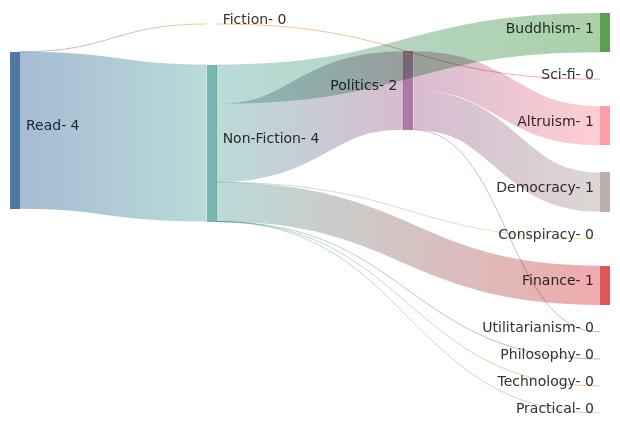
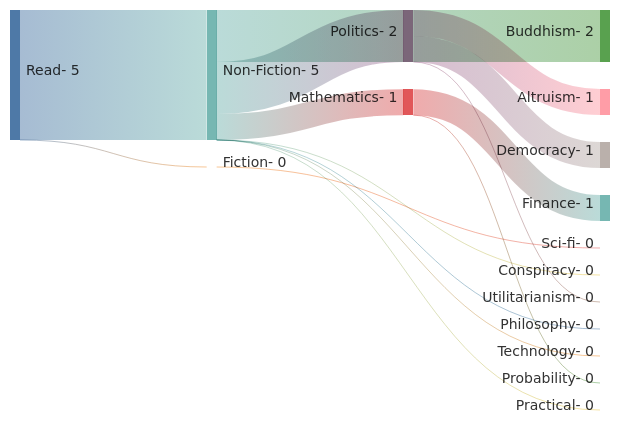
Before and after one commit to bippyboppy/bippyboppy.github.io: the first of 3 diagrams in _posts/drafts/reading-2025.md, drawn with Mermaid. The commit also changed other lines of this file and 26 other files, not shown here.

````diff
--- a/_posts/drafts/reading-2025.md
+++ b/_posts/drafts/reading-2025.md
@@ -8,21 +12,25 @@
 ```mermaid
 sankey-beta
 Read-,Fiction-,0
 Fiction-,Sci-fi-,0
 
-Read-,Non-Fiction-,4
-Non-Fiction-,Buddhism-,1
+Read-,Non-Fiction-,5
+Non-Fiction-,Buddhism-,2
 Non-Fiction-,Conspiracy-,0
 
 Non-Fiction-,Politics-,2
 Politics-,Altruism-,1
 Politics-,Utilitarianism-,0
 Politics-,Democracy-,1
 
 Non-Fiction-,Philosophy-,0
 Non-Fiction-,Technology-,0
-Non-Fiction-,Finance-,1
+
+Non-Fiction-,Mathematics-,1
+Mathematics-,Finance-,1
+Mathematics-,Probability-,0
+
 Non-Fiction-,Practical-,0
 
 
 ```
````
